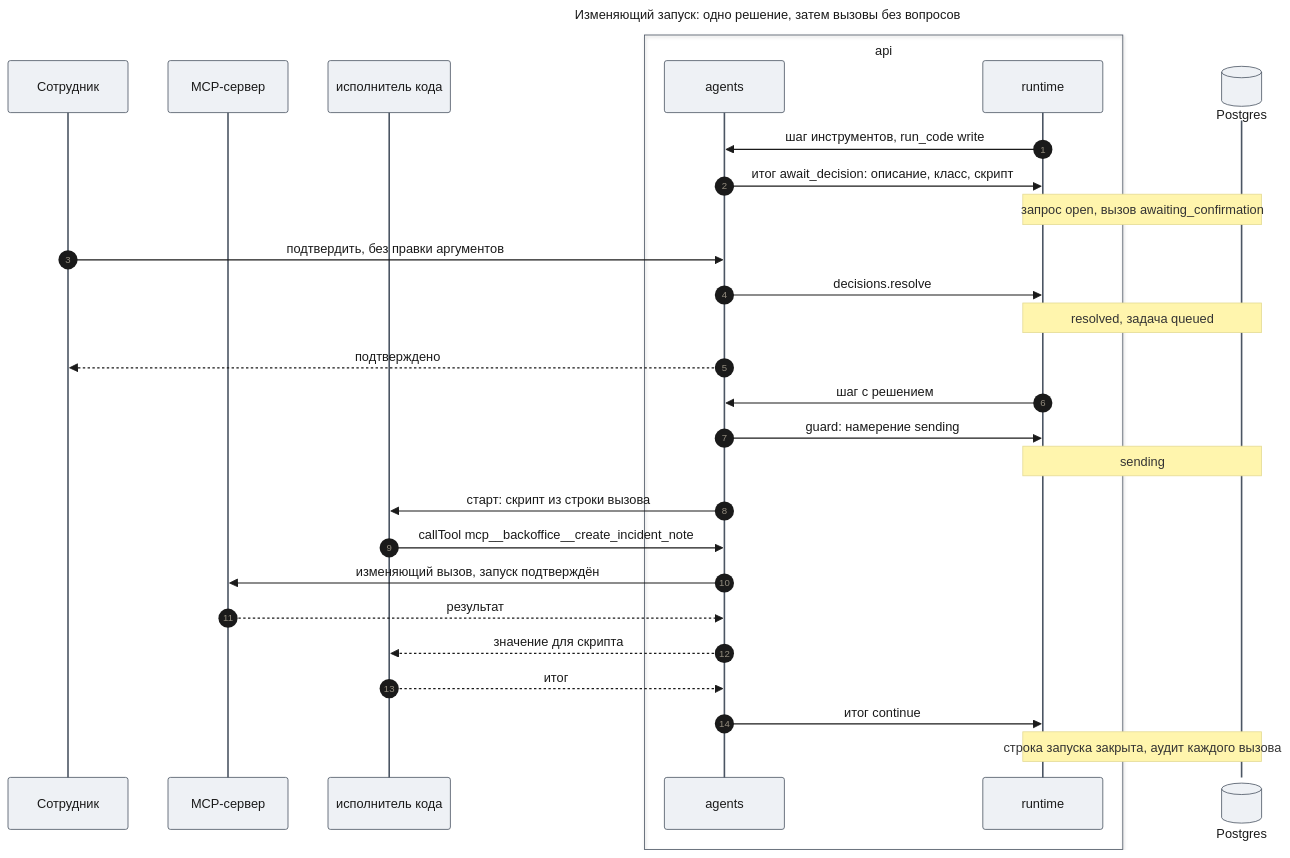
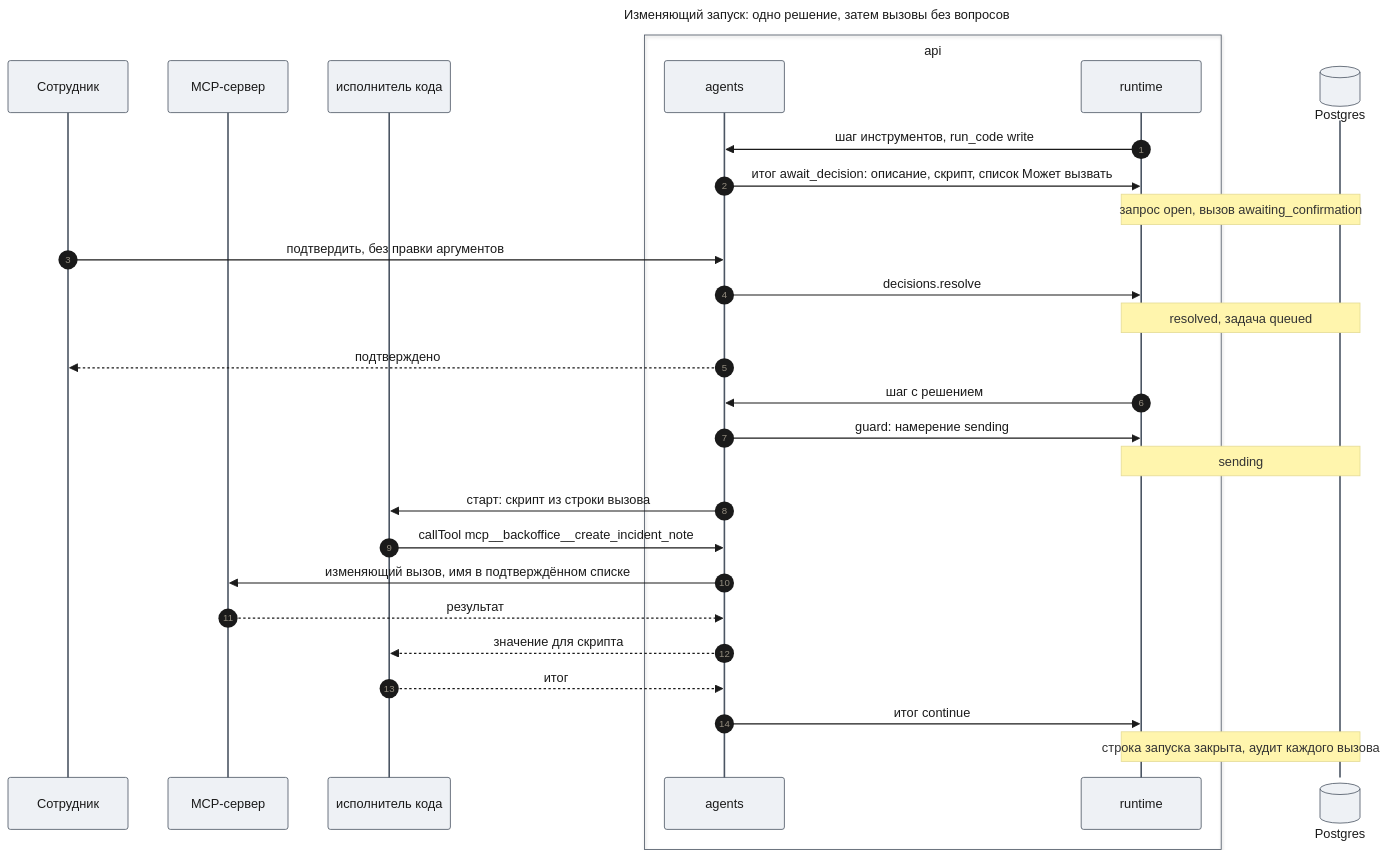
One commit to tundraray/agent-os changed the seventh of 11 diagrams in docs/features/code-execution/design-code-execution.md. Above: the diagram before and after it, drawn with Mermaid. The commit also changed other lines of this file and 5 other files, not shown here.

````diff
--- a/docs/features/code-execution/design-code-execution.md
+++ b/docs/features/code-execution/design-code-execution.md
@@ -536,58 +571,58 @@
 ```mermaid
 ---
 title: "Изменяющий запуск: одно решение, затем вызовы без вопросов"
 config:
   theme: base
   look: classic
   themeVariables:
     primaryColor: "#eef1f5"
     primaryBorderColor: "#4b5563"
     primaryTextColor: "#1a1a1a"
     lineColor: "#6b7280"
   themeCSS: |
     @keyframes lit_ce3{0%,6.43%{stroke:#991b1b;stroke-width:6px}7.14%,100%{stroke:#37474f;stroke-width:2px}}
     @keyframes litr_ce3{0%,6.43%{stroke:#1d4ed8;stroke-width:6px}7.14%,100%{stroke:#37474f;stroke-width:2px}}
     .messageLine0[data-id='i1'],.messageLine1[data-id='i1']{animation:lit_ce3 16.8s linear 0s infinite}
     .messageLine0[data-id='i2'],.messageLine1[data-id='i2']{animation:lit_ce3 16.8s linear 1.2s infinite}
     .messageLine0[data-id='i4'],.messageLine1[data-id='i4']{animation:lit_ce3 16.8s linear 2.4s infinite}
     .messageLine0[data-id='i5'],.messageLine1[data-id='i5']{animation:lit_ce3 16.8s linear 3.6s infinite}
     .messageLine0[data-id='i7'],.messageLine1[data-id='i7']{animation:litr_ce3 16.8s linear 4.8s infinite}
     .messageLine0[data-id='i8'],.messageLine1[data-id='i8']{animation:lit_ce3 16.8s linear 6s infinite}
     .messageLine0[data-id='i9'],.messageLine1[data-id='i9']{animation:lit_ce3 16.8s linear 7.2s infinite}
     .messageLine0[data-id='i11'],.messageLine1[data-id='i11']{animation:lit_ce3 16.8s linear 8.4s infinite}
     .messageLine0[data-id='i12'],.messageLine1[data-id='i12']{animation:lit_ce3 16.8s linear 9.6s infinite}
     .messageLine0[data-id='i13'],.messageLine1[data-id='i13']{animation:lit_ce3 16.8s linear 10.8s infinite}
     .messageLine0[data-id='i14'],.messageLine1[data-id='i14']{animation:litr_ce3 16.8s linear 12s infinite}
     .messageLine0[data-id='i15'],.messageLine1[data-id='i15']{animation:litr_ce3 16.8s linear 13.2s infinite}
     .messageLine0[data-id='i16'],.messageLine1[data-id='i16']{animation:litr_ce3 16.8s linear 14.4s infinite}
     .messageLine0[data-id='i17'],.messageLine1[data-id='i17']{animation:lit_ce3 16.8s linear 15.6s infinite}
 ---
 sequenceDiagram
     autonumber
     participant C as Сотрудник
     participant X as MCP-сервер
     participant CR as исполнитель кода
     box api
     participant AG as agents
     participant RT as runtime
     end
     participant DB@{ "type": "database" } as Postgres
     RT->>AG: шаг инструментов, run_code write
-    AG->>RT: итог await_decision: описание, класс, скрипт
+    AG->>RT: итог await_decision: описание, скрипт, список Может вызвать
     Note over RT,DB: запрос open, вызов awaiting_confirmation
     C->>AG: подтвердить, без правки аргументов
     AG->>RT: decisions.resolve
     Note over RT,DB: resolved, задача queued
     AG-->>C: подтверждено
     RT->>AG: шаг с решением
     AG->>RT: guard: намерение sending
     Note over RT,DB: sending
     AG->>CR: старт: скрипт из строки вызова
     CR->>AG: callTool mcp__backoffice__create_incident_note
-    AG->>X: изменяющий вызов, запуск подтверждён
+    AG->>X: изменяющий вызов, имя в подтверждённом списке
     X-->>AG: результат
     AG-->>CR: значение для скрипта
     CR-->>AG: итог
     AG->>RT: итог continue
     Note over RT,DB: строка запуска закрыта, аудит каждого вызова
 ```
````
